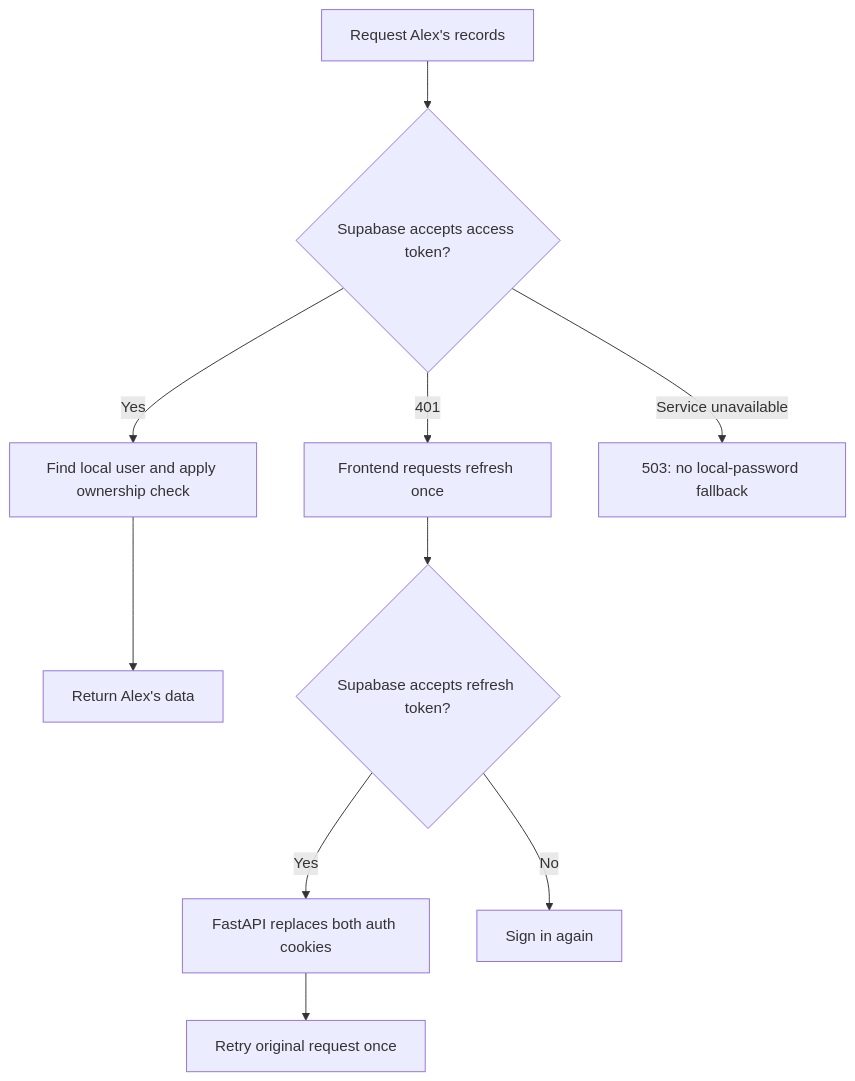
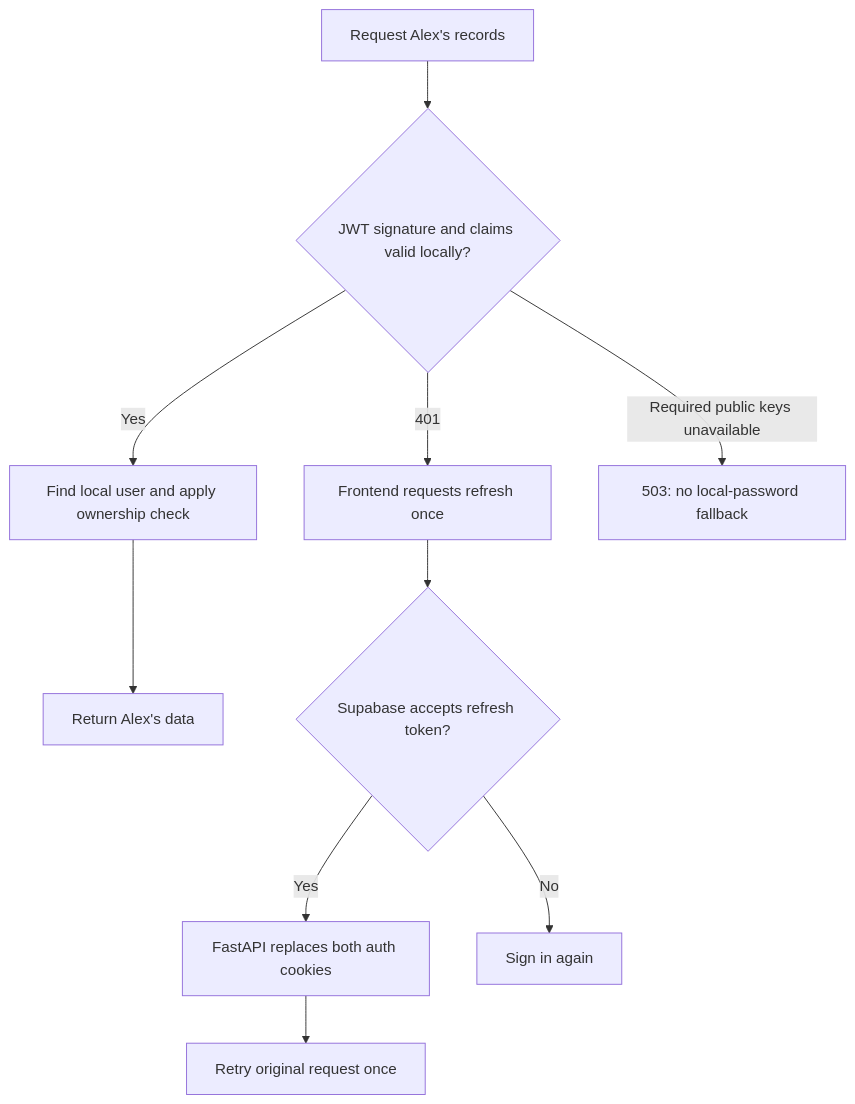
The third of 6 diagrams in docs/understanding-the-setup.md (gopikrishnagajam/udhaar), drawn with Mermaid before and after one commit. The commit also changed other lines of this file and 6 other files, not shown here.

````diff
--- a/docs/understanding-the-setup.md
+++ b/docs/understanding-the-setup.md
@@ -170,12 +171,12 @@
 ```mermaid
 flowchart TD
-    R[Request Alex's records] --> V{Supabase accepts access token?}
+    R[Request Alex's records] --> V{JWT signature and claims valid locally?}
     V -->|Yes| O[Find local user and apply ownership check]
     O --> D[Return Alex's data]
     V -->|401| F[Frontend requests refresh once]
     F --> S{Supabase accepts refresh token?}
     S -->|Yes| C[FastAPI replaces both auth cookies]
     C --> R2[Retry original request once]
     S -->|No| L[Sign in again]
-    V -->|Service unavailable| E[503: no local-password fallback]
+    V -->|Required public keys unavailable| E[503: no local-password fallback]
 ```
````
